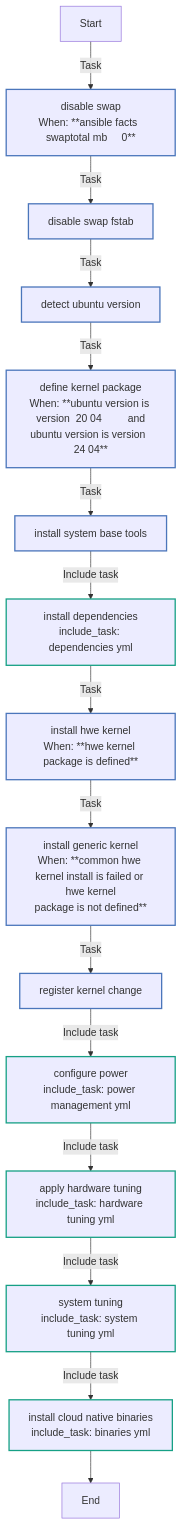
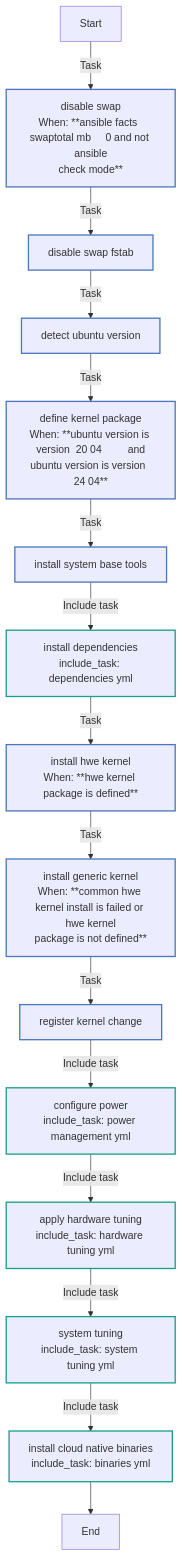
One commit to rou-cru/k3s-homelab changed the fifth of 9 diagrams in roles/common/README.md. Above: the diagram before and after it, drawn with Mermaid. The commit also changed other lines of this file and 28 other files, not shown here.

````diff
--- a/roles/common/README.md
+++ b/roles/common/README.md
@@ -565,27 +565,27 @@
 ```mermaid
 flowchart TD
 Start
 classDef block stroke:#3498db,stroke-width:2px;
 classDef task stroke:#4b76bb,stroke-width:2px;
 classDef includeTasks stroke:#16a085,stroke-width:2px;
 classDef importTasks stroke:#34495e,stroke-width:2px;
 classDef includeRole stroke:#2980b9,stroke-width:2px;
 classDef importRole stroke:#699ba7,stroke-width:2px;
 classDef includeVars stroke:#8e44ad,stroke-width:2px;
 classDef rescue stroke:#665352,stroke-width:2px;
 
-  Start-->|Task| Disable_swap0[disable swap<br>When: **ansible facts  swaptotal mb     0**]:::task
+  Start-->|Task| Disable_swap0[disable swap<br>When: **ansible facts  swaptotal mb     0 and not ansible<br>check mode**]:::task
   Disable_swap0-->|Task| Disable_swap__fstab_1[disable swap  fstab ]:::task
   Disable_swap__fstab_1-->|Task| Detect_Ubuntu_version2[detect ubuntu version]:::task
   Detect_Ubuntu_version2-->|Task| Define_kernel_package3[define kernel package<br>When: **ubuntu version is version  20 04         and<br>ubuntu version is version  24 04**]:::task
   Define_kernel_package3-->|Task| Install_system_base_tools4[install system base tools]:::task
   Install_system_base_tools4-->|Include task| Install_dependencies_dependencies_yml_5[install dependencies<br>include_task: dependencies yml]:::includeTasks
   Install_dependencies_dependencies_yml_5-->|Task| Install_HWE_kernel6[install hwe kernel<br>When: **hwe kernel package is defined**]:::task
   Install_HWE_kernel6-->|Task| Install_generic_kernel7[install generic kernel<br>When: **common hwe kernel install is failed or hwe kernel<br>package is not defined**]:::task
   Install_generic_kernel7-->|Task| Register_kernel_change8[register kernel change]:::task
   Register_kernel_change8-->|Include task| Configure_power_power_management_yml_9[configure power<br>include_task: power management yml]:::includeTasks
   Configure_power_power_management_yml_9-->|Include task| Apply_hardware_tuning_hardware_tuning_yml_10[apply hardware tuning<br>include_task: hardware tuning yml]:::includeTasks
   Apply_hardware_tuning_hardware_tuning_yml_10-->|Include task| System_Tuning_system_tuning_yml_11[system tuning<br>include_task: system tuning yml]:::includeTasks
   System_Tuning_system_tuning_yml_11-->|Include task| Install_Cloud_Native_Binaries_binaries_yml_12[install cloud native binaries<br>include_task: binaries yml]:::includeTasks
   Install_Cloud_Native_Binaries_binaries_yml_12-->End
 ```
````
